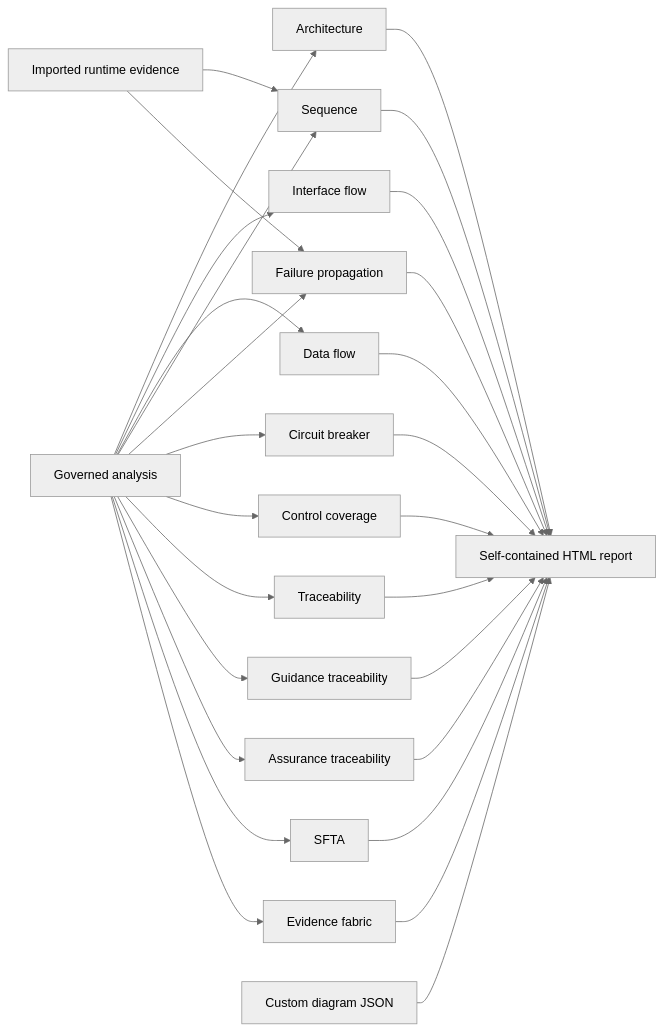
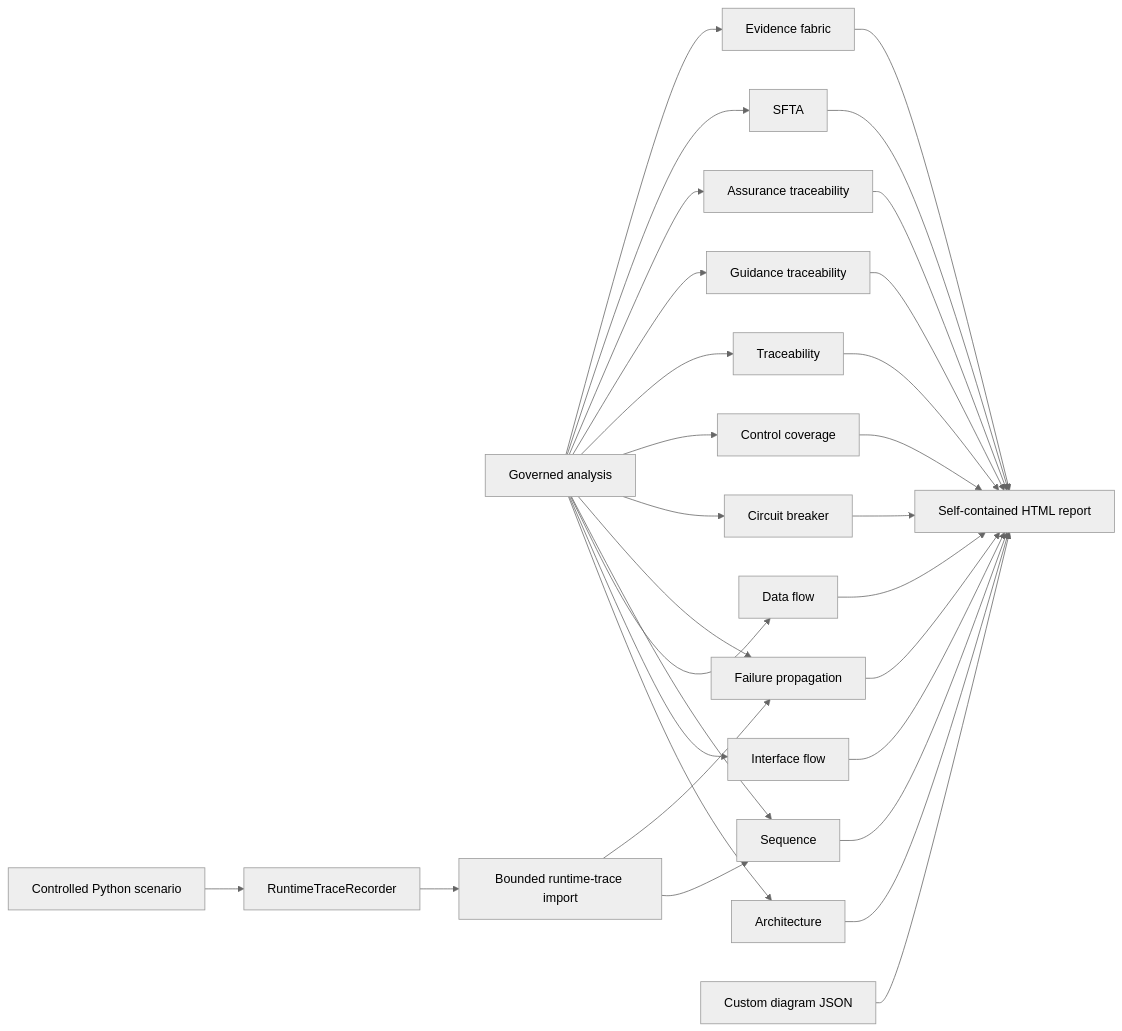
One commit to willtran87/project-py-sfmea changed the diagram in docs/DIAGRAMS.md. Above: the diagram before and after it, drawn with Mermaid (neutral theme). The commit also changed other lines of this file and 8 other files, not shown here.

Commit message:
Refresh assurance workflows and diagrams

````diff
--- a/docs/DIAGRAMS.md
+++ b/docs/DIAGRAMS.md
@@ -13,30 +13,32 @@
 ```mermaid
 flowchart LR
     A["Governed analysis"] --> AR["Architecture"]
     A --> IF["Interface flow"]
     A --> DF["Data flow"]
     A --> SQ["Sequence"]
     A --> FP["Failure propagation"]
     A --> CB["Circuit breaker"]
     A --> CC["Control coverage"]
     A --> TR["Traceability"]
     A --> GT["Guidance traceability"]
     A --> AT["Assurance traceability"]
     A --> ST["SFTA"]
     A --> XR["Evidence fabric"]
-    RT["Imported runtime evidence"] --> SQ
+    SC["Controlled Python scenario"] --> RR["RuntimeTraceRecorder"]
+    RR --> RT["Bounded runtime-trace import"]
+    RT --> SQ
     RT --> FP
     CT["Custom diagram JSON"] --> RP["Self-contained HTML report"]
     AR --> RP
     IF --> RP
     DF --> RP
     SQ --> RP
     FP --> RP
     CB --> RP
     CC --> RP
     TR --> RP
     GT --> RP
     AT --> RP
     ST --> RP
     XR --> RP
 ```
````
